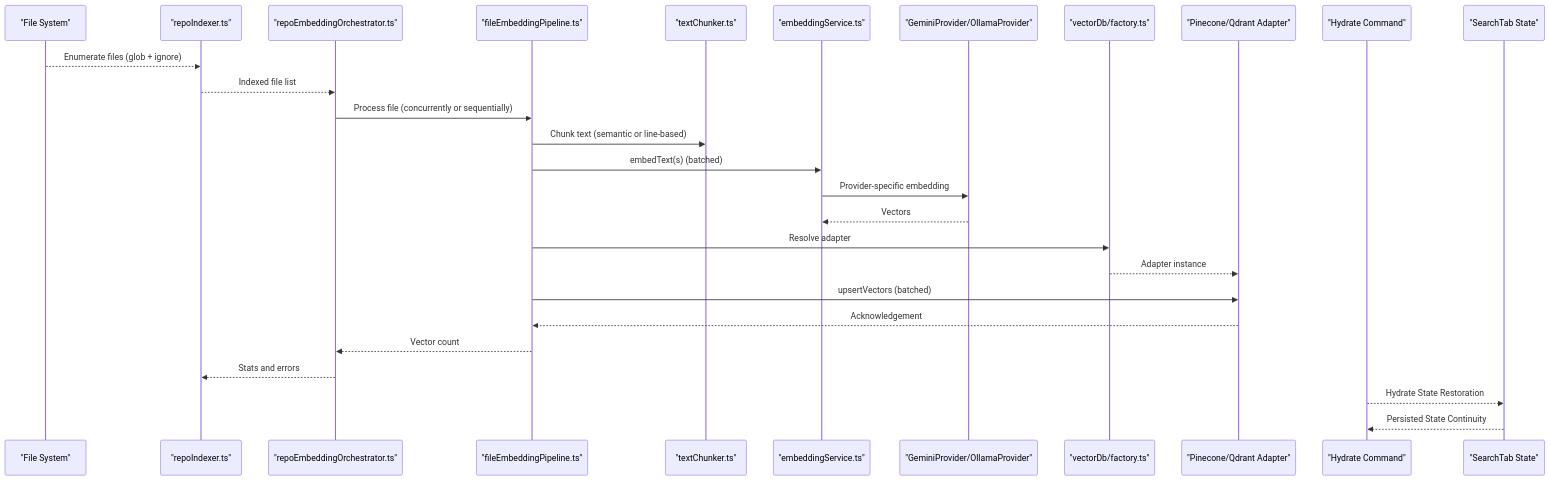
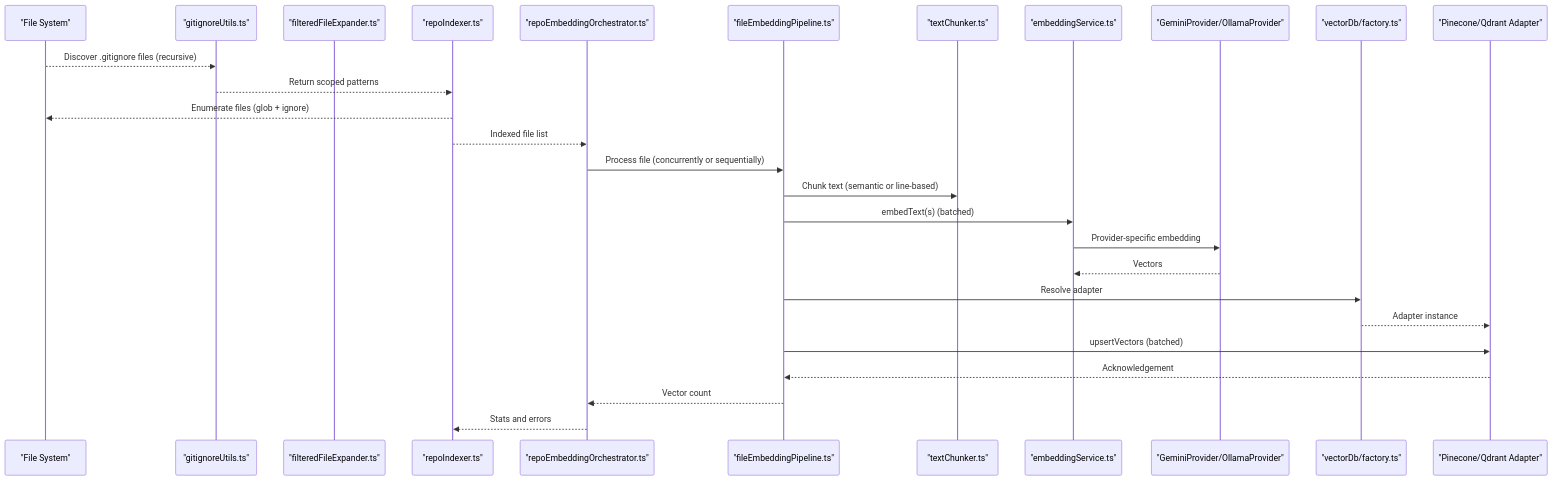
One commit to bramburn/repomix-runner changed the second of 14 diagrams in .qoder/repowiki/en/content/Indexing and Search System/Indexing and Search System.md. Above: the diagram before and after it, drawn with Mermaid. The commit also changed other lines of this file and 40 other files, not shown here.

````diff
--- a/.qoder/repowiki/en/content/Indexing and Search System/Indexing and Search System.md
+++ b/.qoder/repowiki/en/content/Indexing and Search System/Indexing and Search System.md
@@ -179,29 +186,29 @@
 ```mermaid
 sequenceDiagram
 participant FS as "File System"
+participant GIF as "gitignoreUtils.ts"
+participant FFE as "filteredFileExpander.ts"
 participant IDX as "repoIndexer.ts"
 participant ORCH as "repoEmbeddingOrchestrator.ts"
 participant PIPE as "fileEmbeddingPipeline.ts"
 participant CHUNK as "textChunker.ts"
 participant EMB as "embeddingService.ts"
 participant EPROV as "GeminiProvider/OllamaProvider"
 participant VFACT as "vectorDb/factory.ts"
 participant ADP as "Pinecone/Qdrant Adapter"
-participant HW as "Hydrate Command"
-participant ST as "SearchTab State"
-FS-->>IDX : Enumerate files (glob + ignore)
+FS-->>GIF : Discover .gitignore files (recursive)
+GIF-->>IDX : Return scoped patterns
+IDX-->>FS : Enumerate files (glob + ignore)
 IDX-->>ORCH : Indexed file list
 ORCH->>PIPE : Process file (concurrently or sequentially)
 PIPE->>CHUNK : Chunk text (semantic or line-based)
 PIPE->>EMB : embedText(s) (batched)
 EMB->>EPROV : Provider-specific embedding
 EPROV-->>EMB : Vectors
 PIPE->>VFACT : Resolve adapter
 VFACT-->>ADP : Adapter instance
 PIPE->>ADP : upsertVectors (batched)
 ADP-->>PIPE : Acknowledgement
 PIPE-->>ORCH : Vector count
 ORCH-->>IDX : Stats and errors
-HW-->>ST : Hydrate State Restoration
-ST-->>HW : Persisted State Continuity
 ```
````
